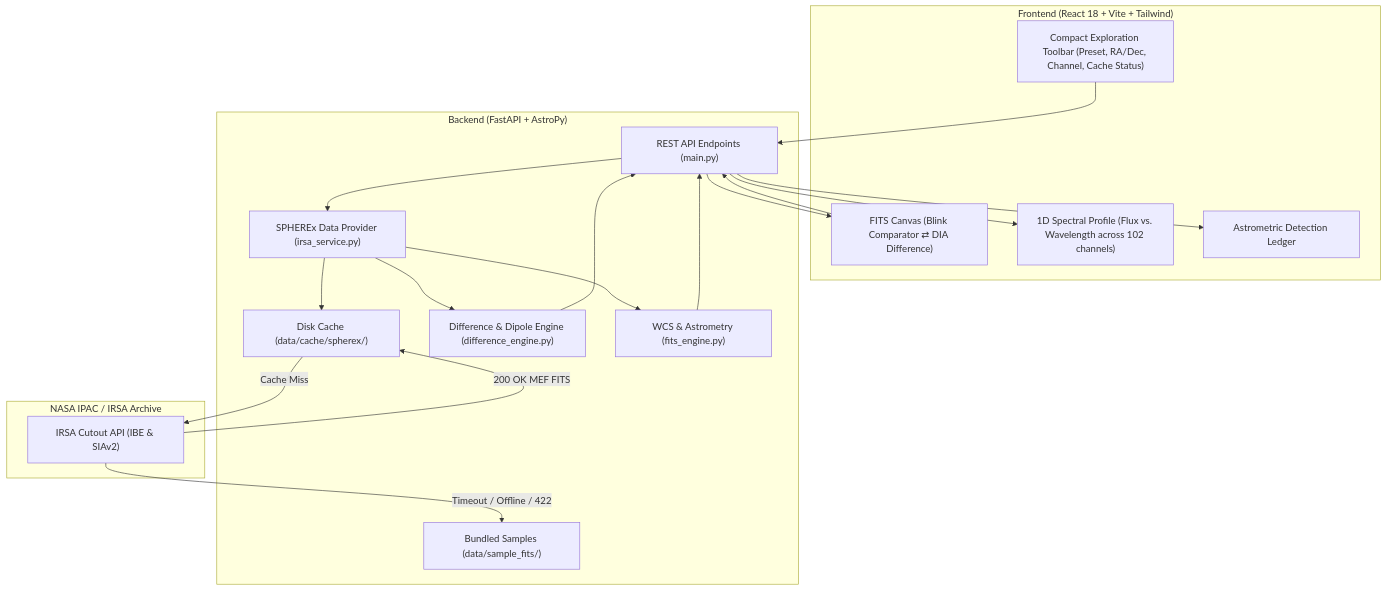
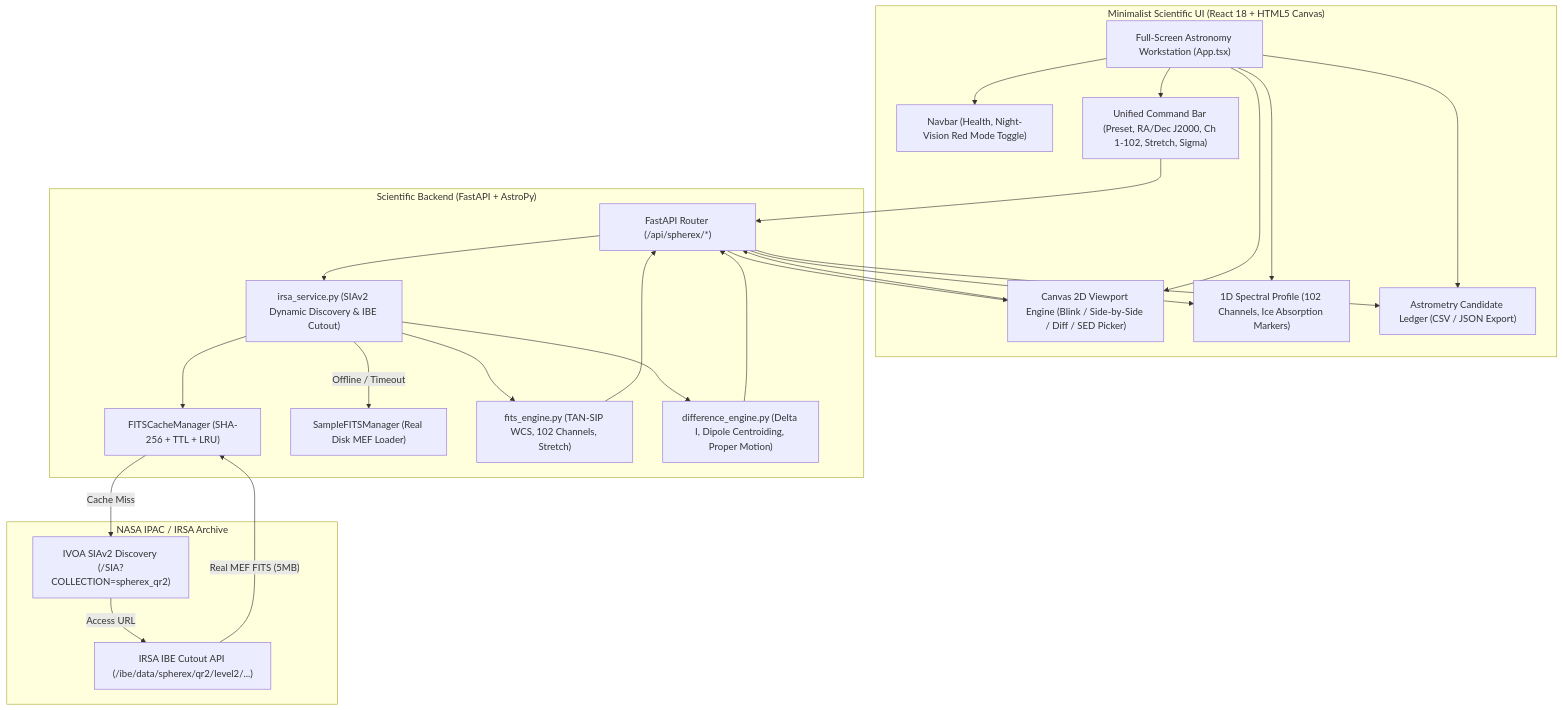
The diagram in PROJECT.md (keith1101/nasa-space-app-challenge), drawn with Mermaid before and after one commit. The commit also changed other lines of this file and 6 other files, not shown here.

Commit message:
feat(backend): complete Milestone 1 with authentic MEF FITS and IVOA SIAv2

````diff
--- a/PROJECT.md
+++ b/PROJECT.md
@@ -18,33 +26,37 @@
 ```mermaid
 flowchart TD
-    subgraph Client["Frontend (React 18 + Vite + Tailwind)"]
-        Toolbar["Compact Exploration Toolbar (Preset, RA/Dec, Channel, Cache Status)"]
-        Viewer["FITS Canvas (Blink Comparator ⇄ DIA Difference)"]
-        Spectrum["1D Spectral Profile (Flux vs. Wavelength across 102 channels)"]
-        Ledger["Astrometric Detection Ledger"]
+    subgraph Frontend["Minimalist Scientific UI (React 18 + HTML5 Canvas)"]
+        Workstation["Full-Screen Astronomy Workstation (App.tsx)"]
+        Nav["Navbar (Health, Night-Vision Red Mode Toggle)"]
+        Toolbar["Unified Command Bar (Preset, RA/Dec J2000, Ch 1-102, Stretch, Sigma)"]
+        Viewer["Canvas 2D Viewport Engine (Blink / Side-by-Side / Diff / SED Picker)"]
+        SED["1D Spectral Profile (102 Channels, Ice Absorption Markers)"]
+        Ledger["Astrometry Candidate Ledger (CSV / JSON Export)"]
     end
 
-    subgraph Server["Backend (FastAPI + AstroPy)"]
-        Router["REST API Endpoints (main.py)"]
-        Service["SPHEREx Data Provider (irsa_service.py)"]
-        Cache["Disk Cache (data/cache/spherex/)"]
-        Sample["Bundled Samples (data/sample_fits/)"]
-        DiffEngine["Difference & Dipole Engine (difference_engine.py)"]
-        AstroEngine["WCS & Astrometry (fits_engine.py)"]
+    subgraph Backend["Scientific Backend (FastAPI + AstroPy)"]
+        Router["FastAPI Router (/api/spherex/*)"]
+        IRSAService["irsa_service.py (SIAv2 Dynamic Discovery & IBE Cutout)"]
+        CacheMgr["FITSCacheManager (SHA-256 + TTL + LRU)"]
+        SampleMgr["SampleFITSManager (Real Disk MEF Loader)"]
+        AstroEngine["fits_engine.py (TAN-SIP WCS, 102 Channels, Stretch)"]
+        DiffEngine["difference_engine.py (Delta I, Dipole Centroiding, Proper Motion)"]
     end
 
     subgraph NASA["NASA IPAC / IRSA Archive"]
-        IRSA["IRSA Cutout API (IBE & SIAv2)"]
+        SIA["IVOA SIAv2 Discovery (/SIA?COLLECTION=spherex_qr2)"]
+        IBE["IRSA IBE Cutout API (/ibe/data/spherex/qr2/level2/...)"]
     end
 
+    Workstation --> Nav & Toolbar & Viewer & SED & Ledger
     Toolbar & Viewer --> Router
-    Router --> Service
-    Service --> Cache
-    Cache -- "Cache Miss" --> IRSA
-    IRSA -- "200 OK MEF FITS" --> Cache
-    IRSA -- "Timeout / Offline / 422" --> Sample
-    Service --> DiffEngine
-    Service --> AstroEngine
-    DiffEngine & AstroEngine --> Router
-    Router --> Viewer & Spectrum & Ledger
+    Router --> IRSAService
+    IRSAService --> CacheMgr
+    CacheMgr -- "Cache Miss" --> SIA
+    SIA -- "Access URL" --> IBE
+    IBE -- "Real MEF FITS (5MB)" --> CacheMgr
+    IRSAService -- "Offline / Timeout" --> SampleMgr
+    IRSAService --> AstroEngine & DiffEngine
+    AstroEngine & DiffEngine --> Router
+    Router --> Viewer & SED & Ledger
 ```
````
